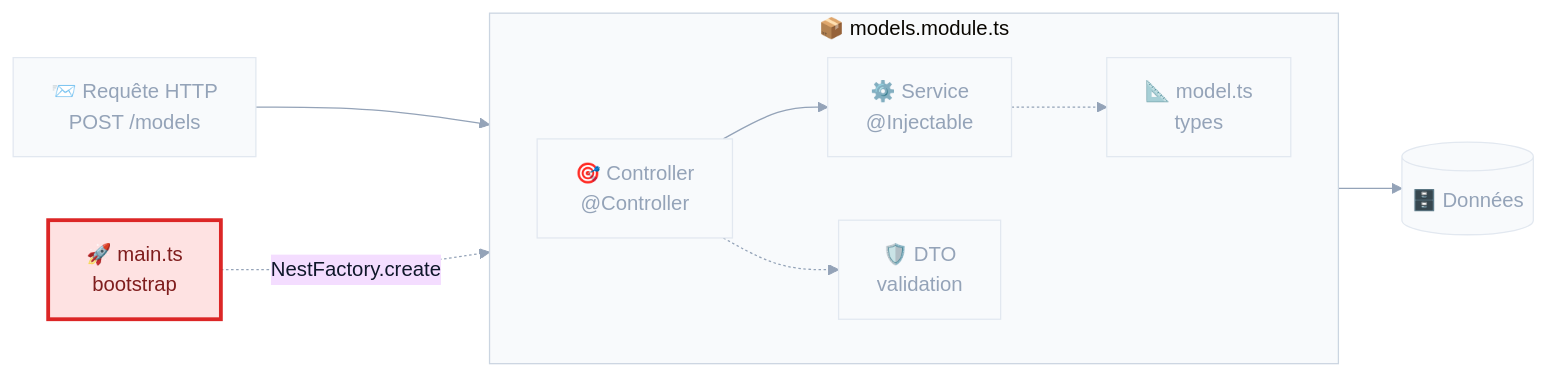
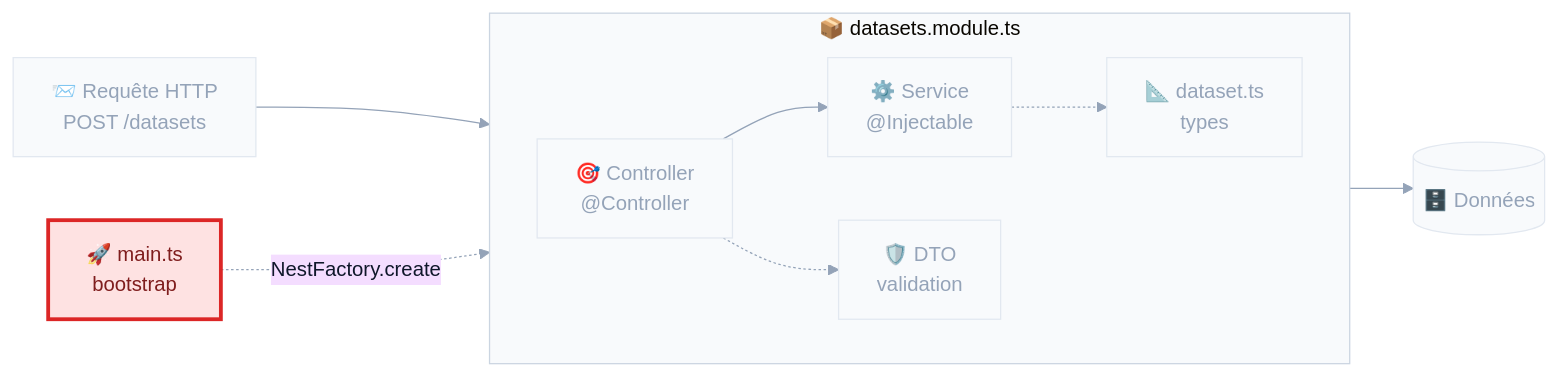
The sixth of 8 diagrams in slides/s02-nestjs.md (gaetanmaisse/ismin-web-2026-tps), drawn with Mermaid before and after one commit. The commit also changed other lines of this file and 1 other file, not shown here.

First line of the commit message:
refactor(s02,s03): les slides de cours travaillent sur des datasets, comme la S1

````diff
--- a/slides/s02-nestjs.md
+++ b/slides/s02-nestjs.md
@@ -880,29 +879,29 @@
 ```mermaid {scale: 0.95}
 %%{init: {'theme':'base','themeVariables':{'fontFamily':'ui-sans-serif, -apple-system, Segoe UI, sans-serif','fontSize':'16px','lineColor':'#94a3b8','primaryTextColor':'#0f172a','clusterBkg':'#f8fafc','clusterBorder':'#cbd5e1'}}}%%
 flowchart LR
   MA["🚀 main.ts<br/>bootstrap"] -.->|"NestFactory.create"| M
-  R["📨 Requête HTTP<br/>POST /models"] --> C
-  subgraph M["📦 models.module.ts"]
+  R["📨 Requête HTTP<br/>POST /datasets"] --> C
+  subgraph M["📦 datasets.module.ts"]
     direction LR
     C["🎯 Controller<br/>@Controller"] --> S["⚙️ Service<br/>@Injectable"]
     C -.-> D["🛡️ DTO<br/>validation"]
-    S -.-> E["📐 model.ts<br/>types"]
+    S -.-> E["📐 dataset.ts<br/>types"]
   end
   S --> DB[("🗄️ Données")]
 
   classDef boot fill:#fee2e2,stroke:#dc2626,stroke-width:3px,color:#7f1d1d
   classDef req fill:#fef3c7,stroke:#f59e0b,stroke-width:2px,color:#78350f
   classDef ctrl fill:#dbeafe,stroke:#2563eb,stroke-width:2px,color:#1e3a5f
   classDef svc fill:#ede9fe,stroke:#7c3aed,stroke-width:2px,color:#3b0764
   classDef dto fill:#ccfbf1,stroke:#0d9488,stroke-width:2px,color:#134e4a
   classDef typ fill:#f1f5f9,stroke:#64748b,stroke-width:2px,color:#1e293b
   classDef db fill:#dcfce7,stroke:#16a34a,stroke-width:2px,color:#14532d
   classDef mute fill:#f8fafc,stroke:#e2e8f0,stroke-width:1px,color:#94a3b8
   class MA boot
   class R mute
   class C mute
   class S mute
   class D mute
   class E mute
   class DB mute
 ```
````
